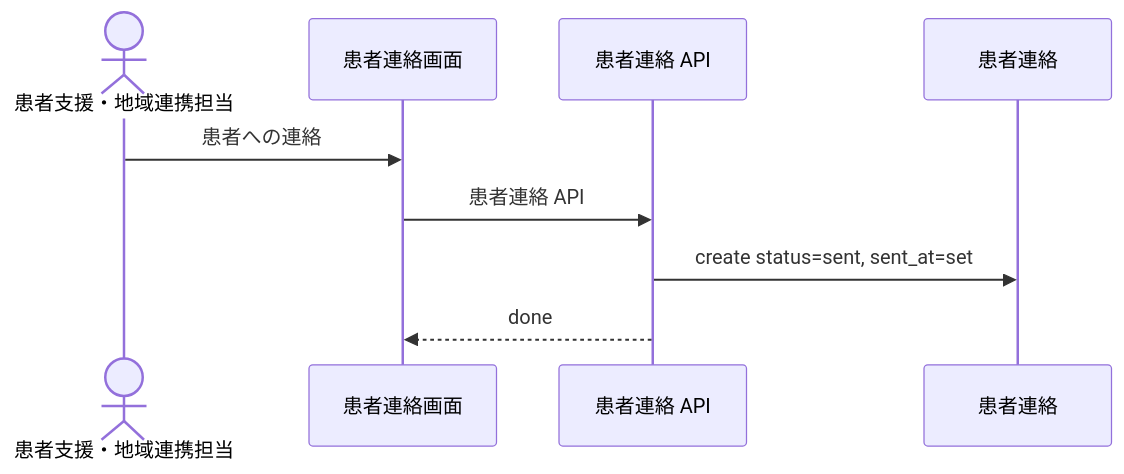
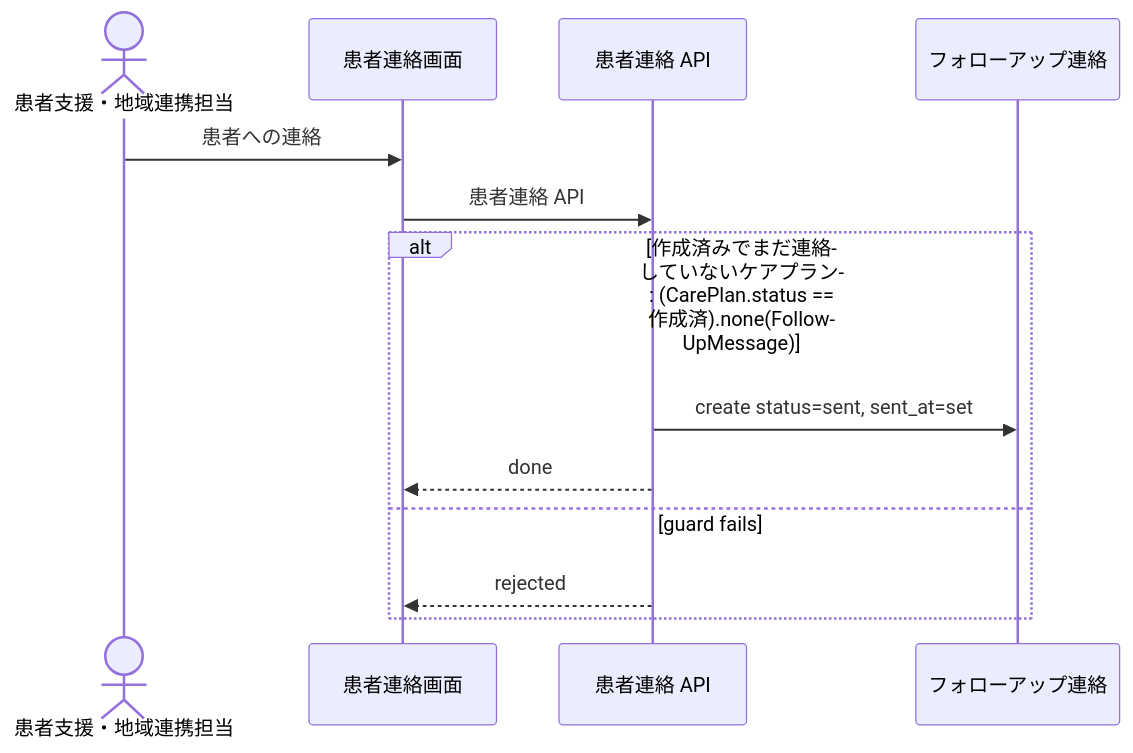
Before and after one commit to manji-0/rdra-ish-dsl: the diagram in samples/clinic-ops/out/uc/sequence_SendFollowUpMessage.mmd, drawn with Mermaid. The commit also changed 25 other files, not shown here.

```diff
--- a/samples/clinic-ops/out/uc/sequence_SendFollowUpMessage.mmd
+++ b/samples/clinic-ops/out/uc/sequence_SendFollowUpMessage.mmd
@@ -1,12 +1,16 @@
 %% rdra-ish diagram=sequence scope=usecase:SendFollowUpMessage model=samples/clinic-ops
 %% kinds: actor screen api entity
-%% omitted: buc step medium permission
+%% omitted: buc step medium permission condition
 sequenceDiagram
   actor actor__CareCoordinator as 患者支援・地域連携担当
   participant screen__PatientMessageScreen as 患者連絡画面
   participant api__SendFollowUpMessageApi as 患者連絡 API
-  participant entity__PatientMessage as 患者連絡
+  participant entity__FollowUpMessage as フォローアップ連絡
   actor__CareCoordinator ->> screen__PatientMessageScreen: 患者への連絡
   screen__PatientMessageScreen ->> api__SendFollowUpMessageApi: 患者連絡 API
-  api__SendFollowUpMessageApi ->> entity__PatientMessage: create status=sent, sent_at=set
-  api__SendFollowUpMessageApi -->> screen__PatientMessageScreen: done
+  alt 作成済みでまだ連絡していないケアプラン: (CarePlan.status == 作成済).none(FollowUpMessage)
+    api__SendFollowUpMessageApi ->> entity__FollowUpMessage: create status=sent, sent_at=set
+    api__SendFollowUpMessageApi -->> screen__PatientMessageScreen: done
+  else guard fails
+    api__SendFollowUpMessageApi -->> screen__PatientMessageScreen: rejected
+  end
```
